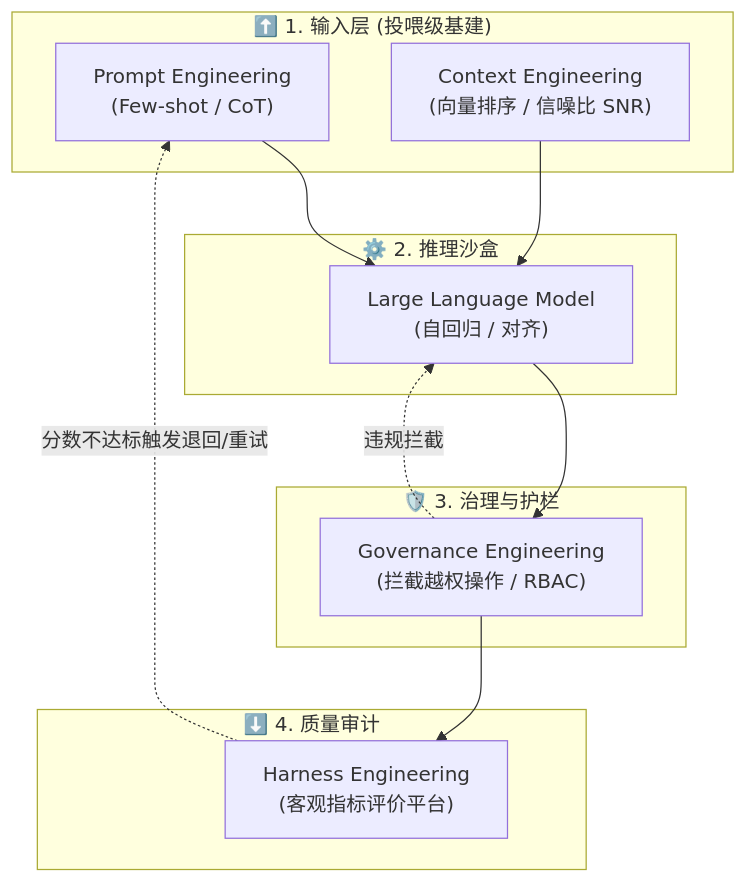
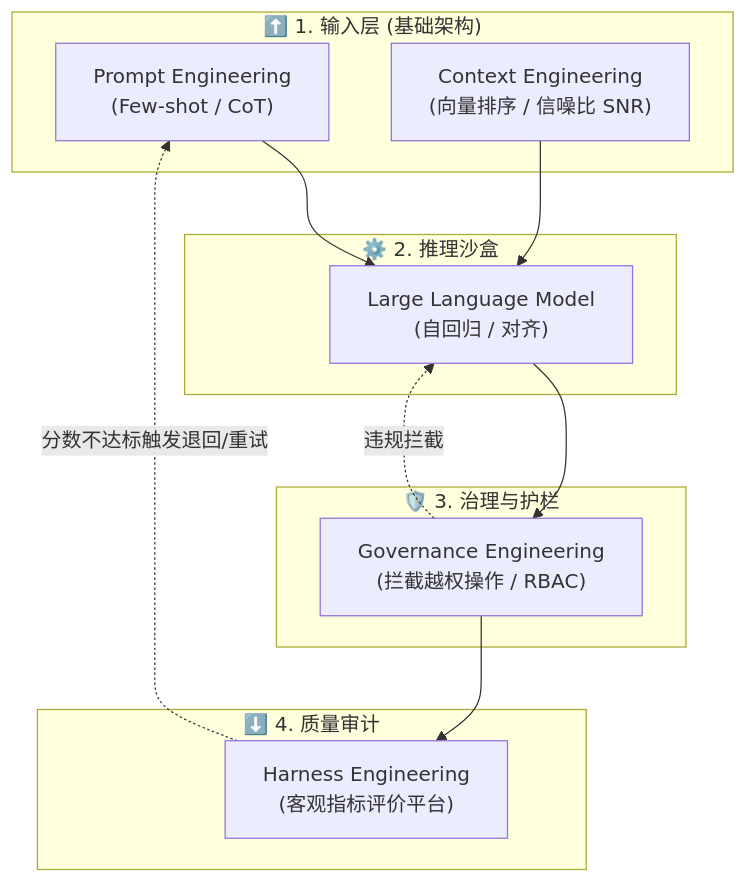
Before and after one commit to wangchong2023/lang-chain-graph: diagram 20 of 35 in doc/AI_Knowledge_Roadmap.md, drawn with Mermaid. The commit also changed other lines of this file and 1 other file, not shown here.

Commit message:
refactor: reorder chapter 11 sections in AI_Knowledge_Roadmap.md using a dedicated automation script

````diff
--- a/doc/AI_Knowledge_Roadmap.md
+++ b/doc/AI_Knowledge_Roadmap.md
@@ -770,26 +768,26 @@
 ```mermaid
 graph TD
-    subgraph InputLayer ["⬆️ 1. 输入层 (投喂级基建)"]
+    subgraph InputLayer ["⬆️ 1. 输入层 (基础架构)"]
         PE["Prompt Engineering<br>(Few-shot / CoT)"]
         CE["Context Engineering<br>(向量排序 / 信噪比 SNR)"]
     end
     
     subgraph ReasoningCore ["⚙️ 2. 推理沙盒"]
         LLM["Large Language Model<br>(自回归 / 对齐)"]
     end
 
     subgraph SecurityGate ["🛡️ 3. 治理与护栏"]
         GE["Governance Engineering<br>(拦截越权操作 / RBAC)"]
     end
     
     subgraph EvalAudit ["⬇️ 4. 质量审计"]
         HE["Harness Engineering<br>(客观指标评价平台)"]
     end
 
     PE --> LLM
     CE --> LLM
     LLM --> GE
     GE -. "违规拦截" .-> LLM
     GE --> HE
     HE -. "分数不达标触发退回/重试" .-> PE
 ```
````
